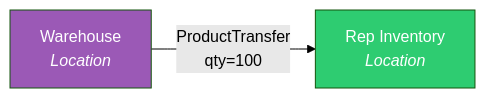
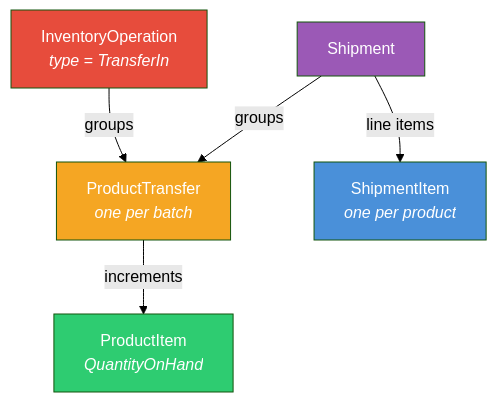
Before and after one commit to afls-ideas/Multi-Country-Brand-Setup: the second of 2 diagrams in README-13-Inventory-Count.md, drawn with Mermaid (forest theme). The commit also changed other lines of this file and 2 other files, not shown here.

First line of the commit message:
Fix shipment script to create InventoryOperation for UI visibility

````diff
--- a/README-13-Inventory-Count.md
+++ b/README-13-Inventory-Count.md
@@ -212,7 +214,13 @@
 ```mermaid
-graph LR
-    WH["Warehouse<br/><i>Location</i>"] -->|"ProductTransfer<br/>qty=100"| REP["Rep Inventory<br/><i>Location</i>"]
+graph TD
+    IO["InventoryOperation<br/><i>type = TransferIn</i>"] -->|"groups"| PT["ProductTransfer<br/><i>one per batch</i>"]
+    SHIP["Shipment"] -->|"groups"| PT
+    SHIP -->|"line items"| SI["ShipmentItem<br/><i>one per product</i>"]
+    PT -->|"increments"| PI["ProductItem<br/><i>QuantityOnHand</i>"]
 
-    style WH fill:#9b59b6,color:#fff
-    style REP fill:#2ecc71,color:#fff
+    style IO fill:#e74c3c,color:#fff
+    style SHIP fill:#9b59b6,color:#fff
+    style PT fill:#f5a623,color:#fff
+    style SI fill:#4a90d9,color:#fff
+    style PI fill:#2ecc71,color:#fff
 ```
````
